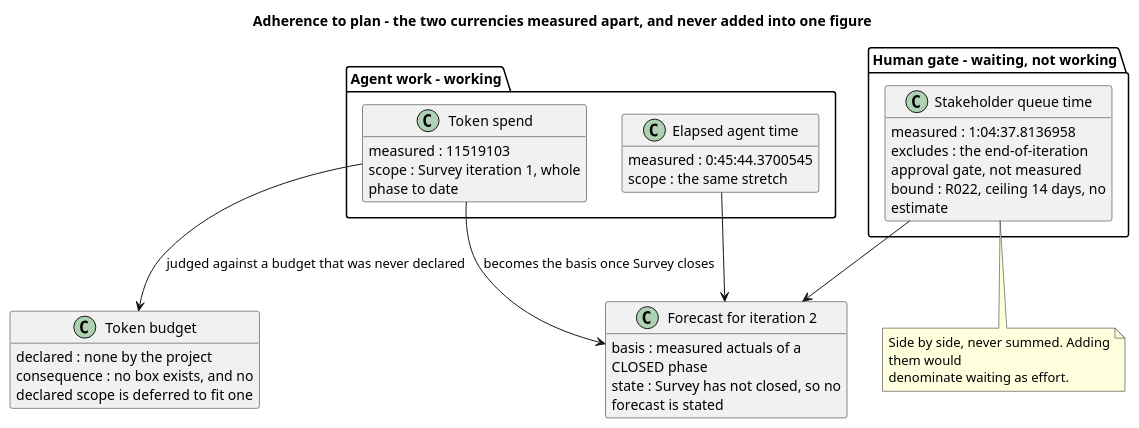
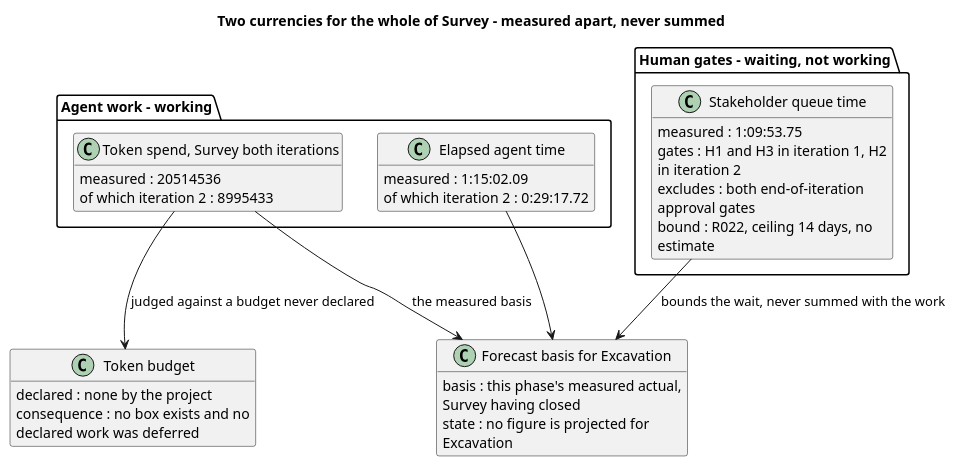
The third of 4 diagrams in docs/artifacts/project-management/iteration-assessment.md (banense-test/TodoApp), drawn with PlantUML before and after one commit. The commit also changed other lines of this file, not shown here.

First line of the commit message:
Project Manager [Survey2]: upsert Iteration Assessment

````diff
--- a/docs/artifacts/project-management/iteration-assessment.md
+++ b/docs/artifacts/project-management/iteration-assessment.md
@@ -148,46 +147,41 @@
 ```plantuml
 @startuml
-title Adherence to plan - the two currencies measured apart, and never added into one figure
-
+title Two currencies for the whole of Survey - measured apart, never summed
 skinparam shadowing false
 skinparam classAttributeIconSize 0
+hide empty members
 skinparam wrapWidth 240
-hide empty members
 
 package "Agent work - working" {
-  class "Token spend" as TOK {
-    measured : 11519103
-    scope : Survey iteration 1, whole phase to date
+  class "Token spend, Survey both iterations" as TOK {
+    measured : 20514536
+    of which iteration 2 : 8995433
   }
   class "Elapsed agent time" as AGT {
-    measured : 0:45:44.3700545
-    scope : the same stretch
+    measured : 1:15:02.09
+    of which iteration 2 : 0:29:17.72
   }
 }
-package "Human gate - waiting, not working" {
+package "Human gates - waiting, not working" {
   class "Stakeholder queue time" as HUM {
-    measured : 1:04:37.8136958
-    excludes : the end-of-iteration approval gate, not measured
+    measured : 1:09:53.75
+    gates : H1 and H3 in iteration 1, H2 in iteration 2
+    excludes : both end-of-iteration approval gates
     bound : R022, ceiling 14 days, no estimate
   }
 }
 class "Token budget" as BUD {
   declared : none by the project
-  consequence : no box exists, and no declared scope is deferred to fit one
+  consequence : no box exists and no declared work was deferred
 }
-class "Forecast for iteration 2" as FC {
-  basis : measured actuals of a CLOSED phase
-  state : Survey has not closed, so no forecast is stated
+class "Forecast basis for Excavation" as FC {
+  basis : this phase's measured actual, Survey having closed
+  state : no figure is projected for Excavation
 }
 
-TOK --> BUD : judged against a budget that was never declared
-TOK --> FC : becomes the basis once Survey closes
+TOK --> BUD : judged against a budget never declared
+TOK --> FC : the measured basis
 AGT --> FC
-HUM --> FC
-
-note bottom of HUM
-  Side by side, never summed. Adding them would
-  denominate waiting as effort.
-end note
+HUM --> FC : bounds the wait, never summed with the work
 @enduml
 ```
````
